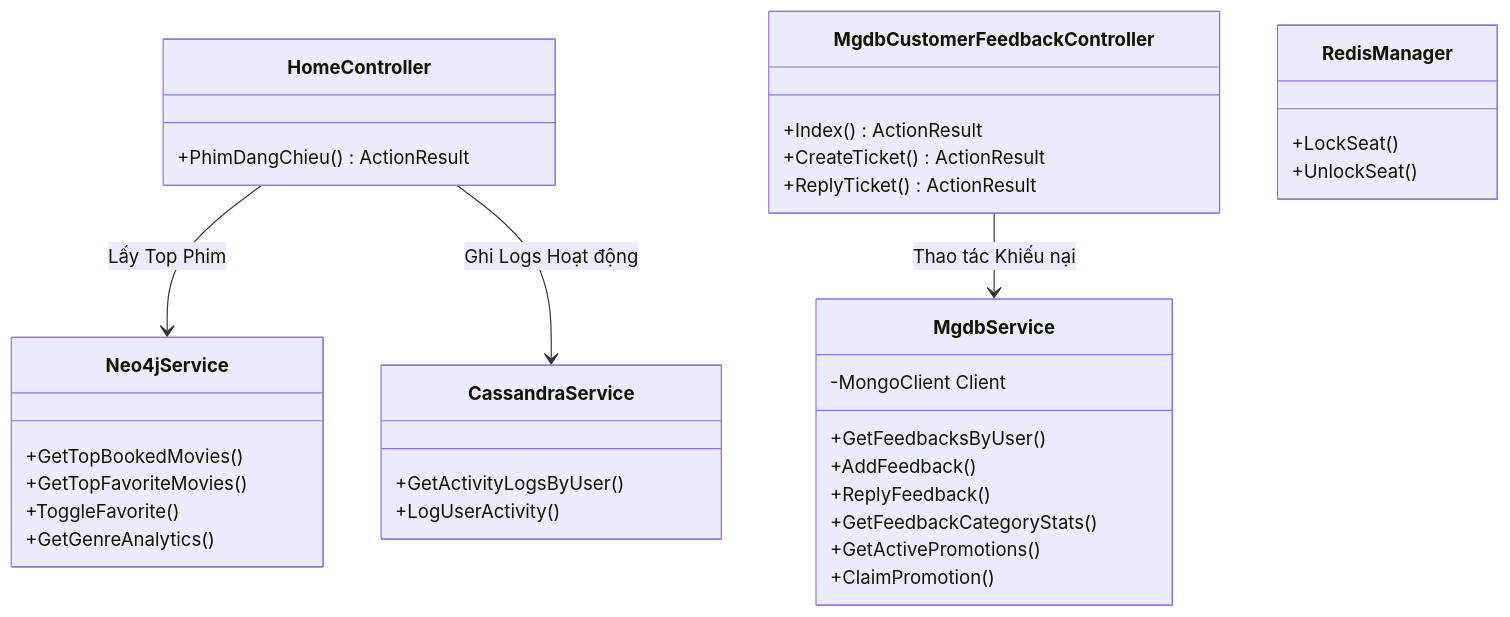
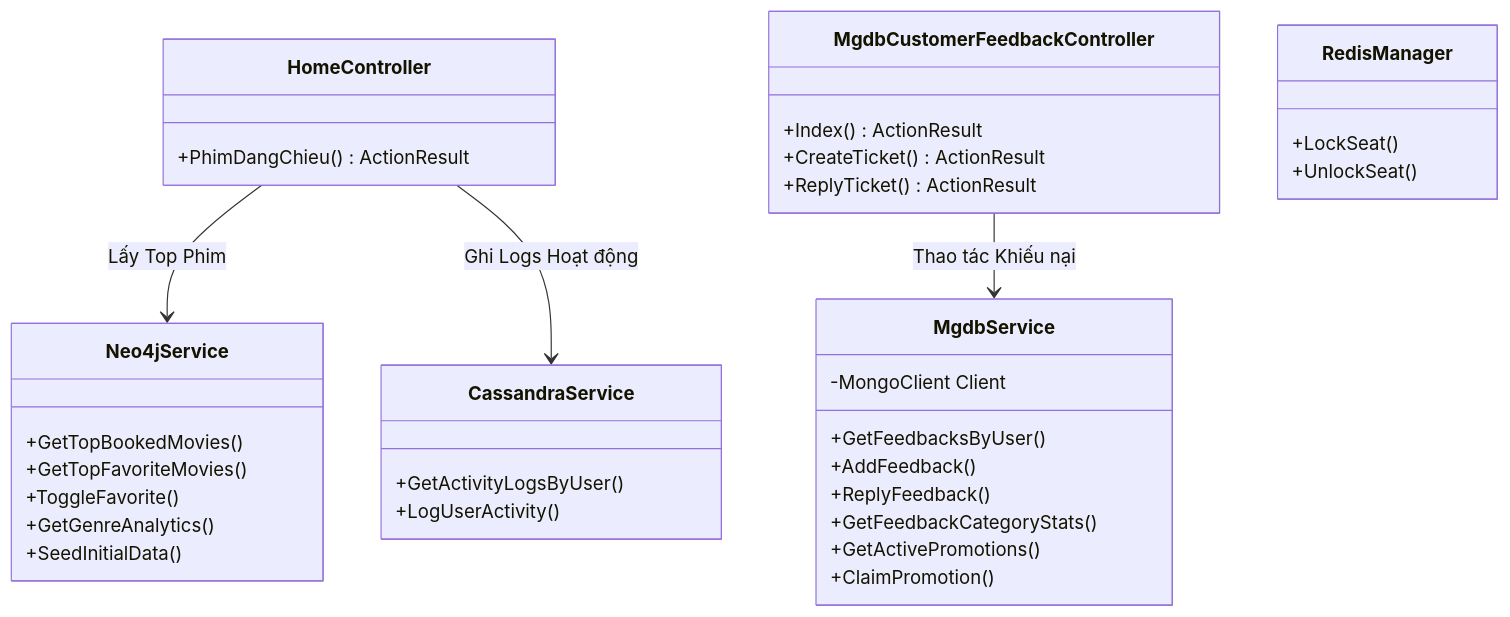
One commit to Anh-BE/WEB_DatVe_XemPhim changed the second of 9 diagrams in TaiLieu/TaiLieu_SDS_ToanBo_HeThong_Movana.md. Above: the diagram before and after it, drawn with Mermaid. The commit also changed other lines of this file and 1 other file, not shown here.

````diff
--- a/TaiLieu/TaiLieu_SDS_ToanBo_HeThong_Movana.md
+++ b/TaiLieu/TaiLieu_SDS_ToanBo_HeThong_Movana.md
@@ -221,43 +235,44 @@
 ```mermaid
 classDiagram
     class HomeController {
         +PhimDangChieu() ActionResult
     }
 
     class MgdbCustomerFeedbackController {
         +Index() ActionResult
         +CreateTicket() ActionResult
         +ReplyTicket() ActionResult
     }
 
     class MgdbService {
         -MongoClient Client
         +GetFeedbacksByUser()
         +AddFeedback()
         +ReplyFeedback()
         +GetFeedbackCategoryStats()
         +GetActivePromotions()
         +ClaimPromotion()
     }
 
     class Neo4jService {
         +GetTopBookedMovies()
         +GetTopFavoriteMovies()
         +ToggleFavorite()
         +GetGenreAnalytics()
+        +SeedInitialData()
     }
 
     class CassandraService {
         +GetActivityLogsByUser()
         +LogUserActivity()
     }
 
     class RedisManager {
         +LockSeat()
         +UnlockSeat()
     }
 
     HomeController --> Neo4jService : Lấy Top Phim
     MgdbCustomerFeedbackController --> MgdbService : Thao tác Khiếu nại
     HomeController --> CassandraService : Ghi Logs Hoạt động
 ```
````
